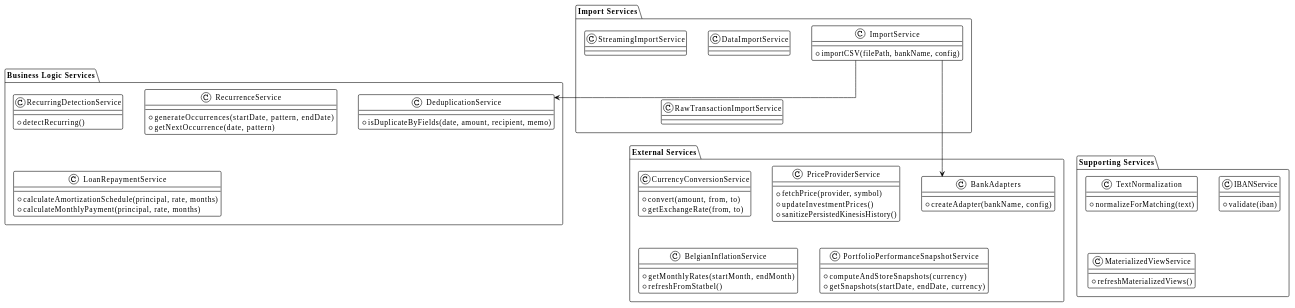
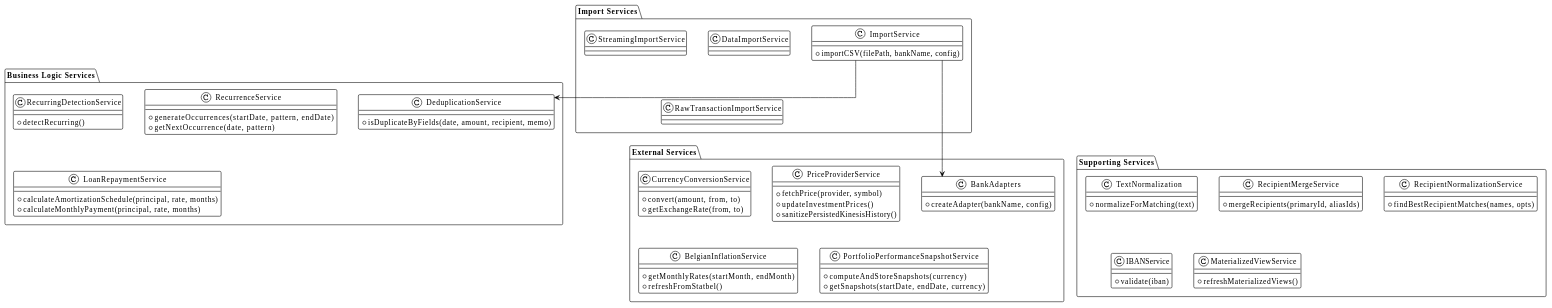
One commit to EraPartner/Vision changed the third of 14 diagrams in docs/architecture/backend-architecture.md. Above: the diagram before and after it, drawn with PlantUML. The commit also changed other lines of this file and 129 other files, not shown here.

```diff
--- a/docs/architecture/backend-architecture.md
+++ b/docs/architecture/backend-architecture.md
@@ -334,6 +334,14 @@
     +normalizeForMatching(text)
   }
 
+  class RecipientMergeService {
+    +mergeRecipients(primaryId, aliasIds)
+  }
+
+  class RecipientNormalizationService {
+    +findBestRecipientMatches(names, opts)
+  }
+
   class IBANService {
     +validate(iban)
   }
```
